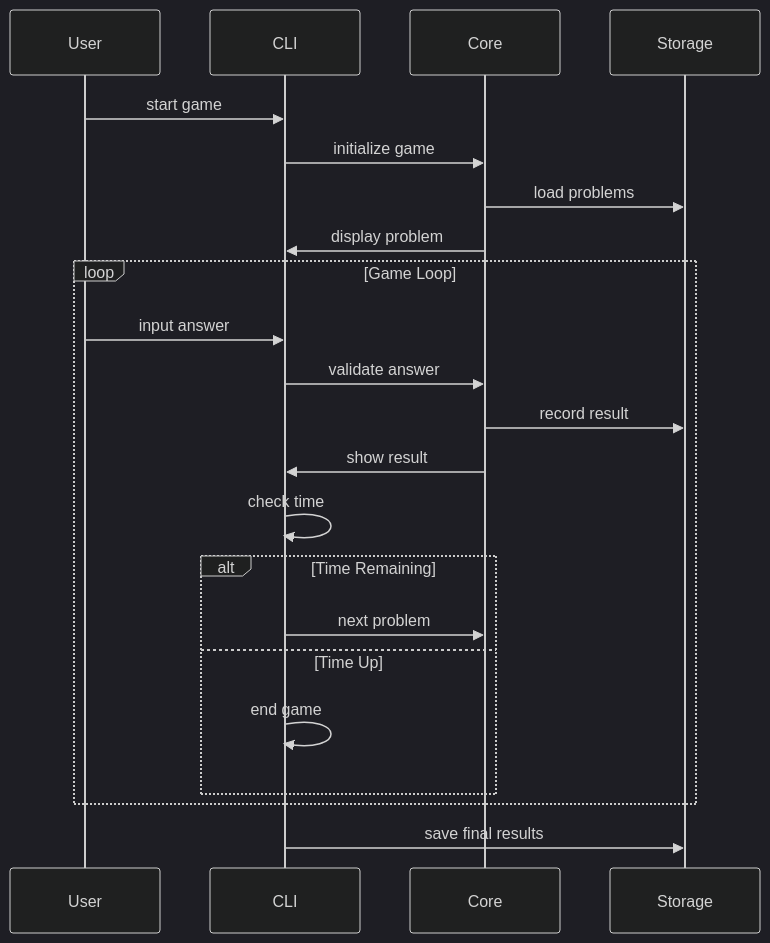
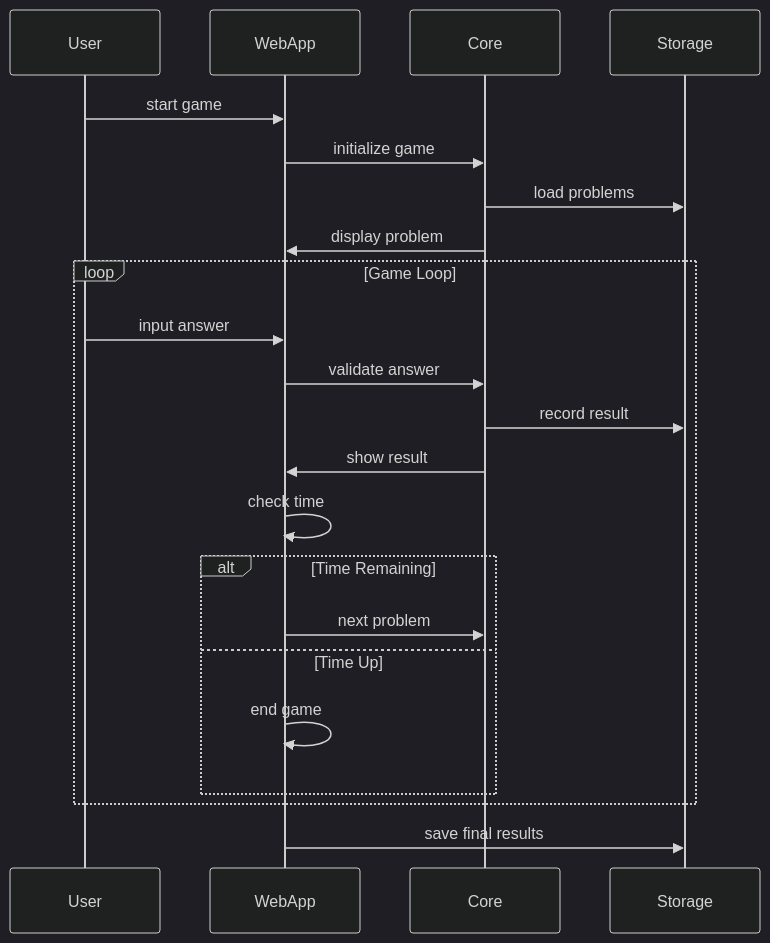
Before and after one commit to 15eb1137/rainbow: the second of 2 diagrams in docs/mvp_dd.md, drawn with Mermaid (dark theme). The commit also changed other lines of this file and 1 other file, not shown here.

Commit message:
document: use streamlit

````diff
--- a/docs/mvp_dd.md
+++ b/docs/mvp_dd.md
@@ -66,25 +66,25 @@
 ```mermaid
 sequenceDiagram
     participant User
-    participant CLI
+    participant WebApp
     participant Core
     participant Storage
     
-    User->>CLI: start game
-    CLI->>Core: initialize game
+    User->>WebApp: start game
+    WebApp->>Core: initialize game
     Core->>Storage: load problems
-    Core->>CLI: display problem
+    Core->>WebApp: display problem
     loop Game Loop
-        User->>CLI: input answer
-        CLI->>Core: validate answer
+        User->>WebApp: input answer
+        WebApp->>Core: validate answer
         Core->>Storage: record result
-        Core->>CLI: show result
-        CLI->>CLI: check time
+        Core->>WebApp: show result
+        WebApp->>WebApp: check time
         alt Time Remaining
-            CLI->>Core: next problem
+            WebApp->>Core: next problem
         else Time Up
-            CLI->>CLI: end game
+            WebApp->>WebApp: end game
         end
     end
-    CLI->>Storage: save final results
+    WebApp->>Storage: save final results
 ```
````
